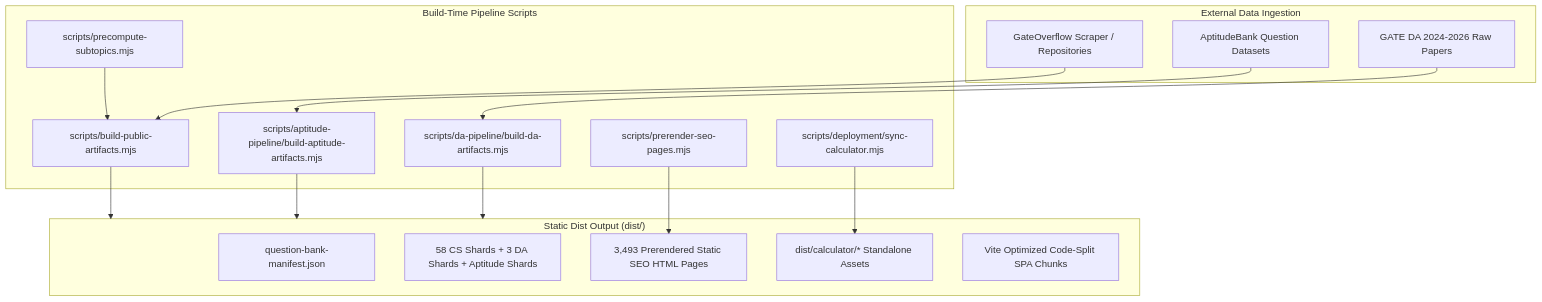
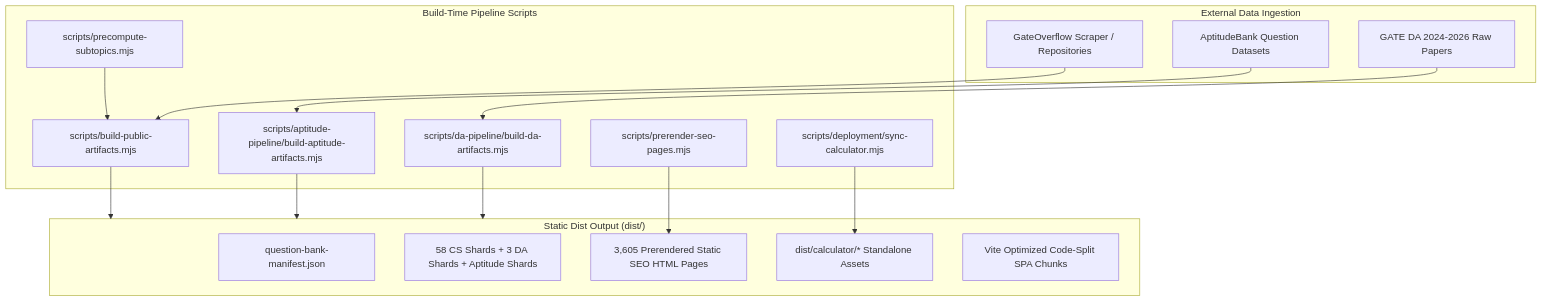
One commit to superawat/Gate_QA changed the tenth of 10 diagrams in docs/SYSTEM_DESIGN.md. Above: the diagram before and after it, drawn with Mermaid. The commit also changed other lines of this file and 6 other files, not shown here.

````diff
--- a/docs/SYSTEM_DESIGN.md
+++ b/docs/SYSTEM_DESIGN.md
@@ -422,34 +422,34 @@
 ```mermaid
 flowchart TD
     subgraph DataSources["External Data Ingestion"]
         GO["GateOverflow Scraper / Repositories"]
         AB["AptitudeBank Question Datasets"]
         DA_Raw["GATE DA 2024-2026 Raw Papers"]
     end
 
     subgraph BuildPipelines["Build-Time Pipeline Scripts"]
         P1["scripts/precompute-subtopics.mjs"]
         P2["scripts/build-public-artifacts.mjs"]
         P3["scripts/da-pipeline/build-da-artifacts.mjs"]
         P4["scripts/aptitude-pipeline/build-aptitude-artifacts.mjs"]
         P5["scripts/prerender-seo-pages.mjs"]
         P6["scripts/deployment/sync-calculator.mjs"]
     end
 
     subgraph StaticDist["Static Dist Output (dist/)"]
         Manifest["question-bank-manifest.json"]
         Shards["58 CS Shards + 3 DA Shards + Aptitude Shards"]
-        SEOPages["3,493 Prerendered Static SEO HTML Pages"]
+        SEOPages["3,605 Prerendered Static SEO HTML Pages"]
         CalcBundle["dist/calculator/* Standalone Assets"]
         Bundles["Vite Optimized Code-Split SPA Chunks"]
     end
 
     GO --> P2
     AB --> P4
     DA_Raw --> P3
 
     P1 --> P2
     P2 & P3 & P4 --> StaticDist
     P5 --> SEOPages
     P6 --> CalcBundle
 ```
````
